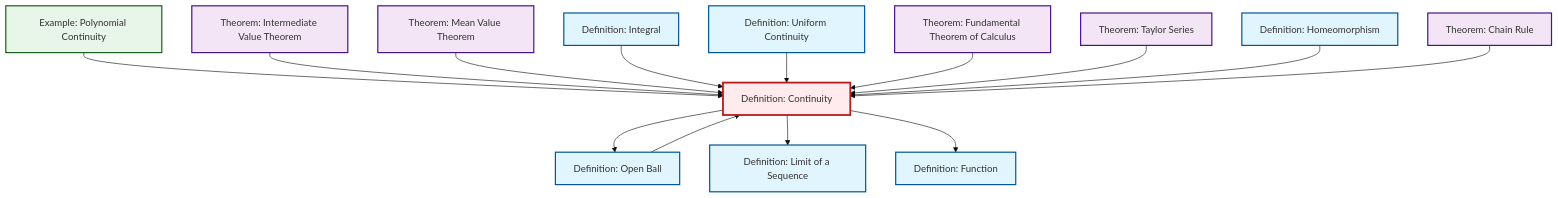
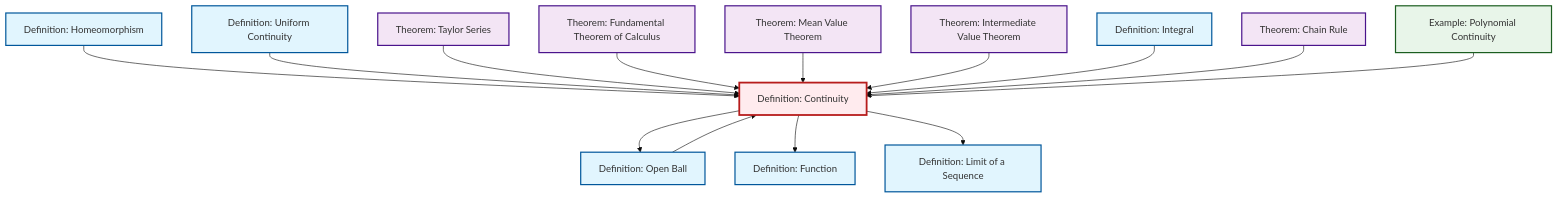
The diagram in content/en/analysis/def-continuity.qmd (RK0429/ModernMath), drawn with Mermaid (base theme) before and after one commit. The commit also changed other lines of this file and 1012 other files, not shown here.

````diff
--- a/content/en/analysis/def-continuity.qmd
+++ b/content/en/analysis/def-continuity.qmd
@@ -61,48 +61,48 @@
 ```{mermaid}
 %%| fig-cap: "Local dependency graph"
 graph TD
     classDef definition fill:#e1f5fe,stroke:#01579b,stroke-width:2px
     classDef theorem fill:#f3e5f5,stroke:#4a148c,stroke-width:2px
     classDef axiom fill:#fff3e0,stroke:#e65100,stroke-width:2px
     classDef example fill:#e8f5e9,stroke:#1b5e20,stroke-width:2px
     classDef current fill:#ffebee,stroke:#b71c1c,stroke-width:3px
-    def-integral["Definition: Integral"]:::definition
-    thm-chain-rule["Theorem: Chain Rule"]:::theorem
     def-limit["Definition: Limit of a Sequence"]:::definition
-    def-uniform-continuity["Definition: Uniform Continuity"]:::definition
-    ex-polynomial-continuity["Example: Polynomial Continuity"]:::example
-    def-function["Definition: Function"]:::definition
-    thm-fundamental-calculus["Theorem: Fundamental Theorem of Calculus"]:::theorem
     thm-intermediate-value["Theorem: Intermediate Value Theorem"]:::theorem
-    def-homeomorphism["Definition: Homeomorphism"]:::definition
+    thm-mean-value["Theorem: Mean Value Theorem"]:::theorem
     def-continuity["Definition: Continuity"]:::definition
     def-open-ball["Definition: Open Ball"]:::definition
+    def-homeomorphism["Definition: Homeomorphism"]:::definition
+    def-function["Definition: Function"]:::definition
+    ex-polynomial-continuity["Example: Polynomial Continuity"]:::example
+    def-uniform-continuity["Definition: Uniform Continuity"]:::definition
+    def-integral["Definition: Integral"]:::definition
     thm-taylor-series["Theorem: Taylor Series"]:::theorem
-    thm-mean-value["Theorem: Mean Value Theorem"]:::theorem
+    thm-chain-rule["Theorem: Chain Rule"]:::theorem
+    thm-fundamental-calculus["Theorem: Fundamental Theorem of Calculus"]:::theorem
+    def-homeomorphism --> def-continuity
+    def-continuity --> def-open-ball
+    def-uniform-continuity --> def-continuity
+    thm-taylor-series --> def-continuity
+    thm-fundamental-calculus --> def-continuity
+    thm-mean-value --> def-continuity
+    thm-intermediate-value --> def-continuity
+    def-integral --> def-continuity
+    thm-chain-rule --> def-continuity
+    def-continuity --> def-function
+    def-continuity --> def-limit
     ex-polynomial-continuity --> def-continuity
-    def-continuity --> def-open-ball
-    thm-intermediate-value --> def-continuity
     def-open-ball --> def-continuity
-    thm-mean-value --> def-continuity
-    def-integral --> def-continuity
-    def-uniform-continuity --> def-continuity
-    def-continuity --> def-limit
-    def-continuity --> def-function
-    thm-fundamental-calculus --> def-continuity
-    thm-taylor-series --> def-continuity
-    def-homeomorphism --> def-continuity
-    thm-chain-rule --> def-continuity
     class def-continuity current
+    click def-limit "def-limit.html" "Go to Limit of a Sequence definition"
+    click thm-intermediate-value "thm-intermediate-value.html" "Go to Intermediate Value Theorem theorem"
+    click thm-mean-value "thm-mean-value.html" "Go to Mean Value Theorem theorem"
+    click def-open-ball "def-open-ball.html" "Go to Open Ball definition"
+    click def-homeomorphism "def-homeomorphism.html" "Go to Homeomorphism definition"
+    click def-function "def-function.html" "Go to Function definition"
+    click ex-polynomial-continuity "ex-polynomial-continuity.html" "Go to Polynomial Continuity example"
+    click def-uniform-continuity "def-uniform-continuity.html" "Go to Uniform Continuity definition"
     click def-integral "def-integral.html" "Go to Integral definition"
+    click thm-taylor-series "thm-taylor-series.html" "Go to Taylor Series theorem"
     click thm-chain-rule "thm-chain-rule.html" "Go to Chain Rule theorem"
-    click def-limit "def-limit.html" "Go to Limit of a Sequence definition"
-    click def-uniform-continuity "def-uniform-continuity.html" "Go to Uniform Continuity definition"
-    click ex-polynomial-continuity "ex-polynomial-continuity.html" "Go to Polynomial Continuity example"
-    click def-function "def-function.html" "Go to Function definition"
     click thm-fundamental-calculus "thm-fundamental-calculus.html" "Go to Fundamental Theorem of Calculus theorem"
-    click thm-intermediate-value "thm-intermediate-value.html" "Go to Intermediate Value Theorem theorem"
-    click def-homeomorphism "def-homeomorphism.html" "Go to Homeomorphism definition"
-    click def-open-ball "def-open-ball.html" "Go to Open Ball definition"
-    click thm-taylor-series "thm-taylor-series.html" "Go to Taylor Series theorem"
-    click thm-mean-value "thm-mean-value.html" "Go to Mean Value Theorem theorem"
 ```
````
